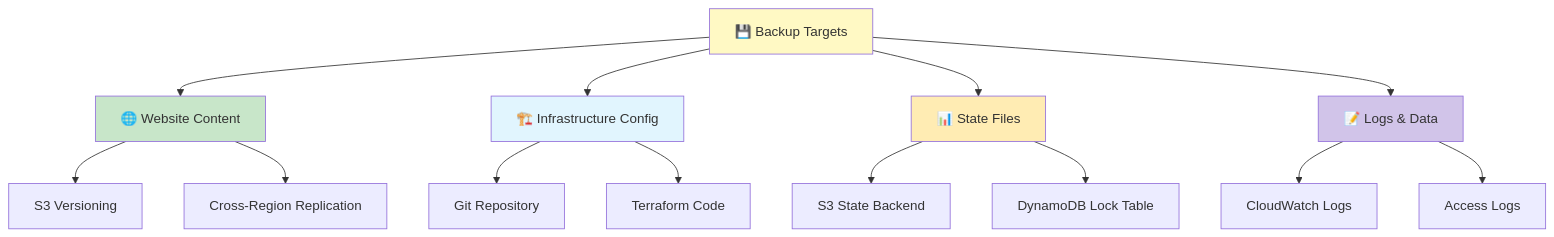
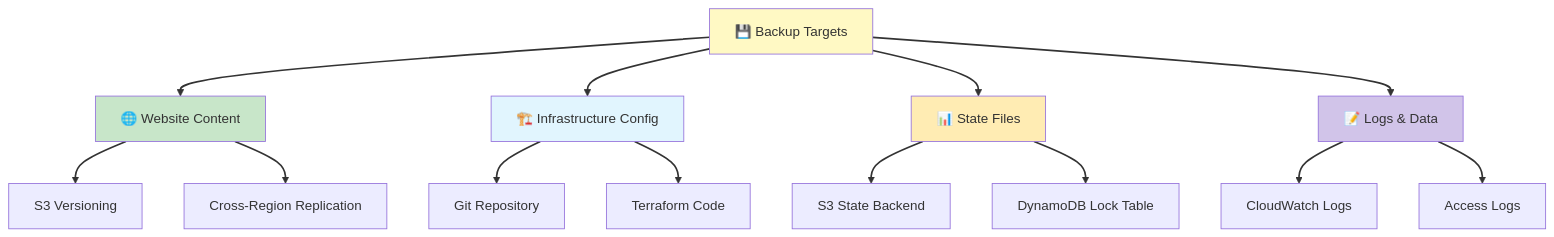
Before and after one commit to Celtikill/static-site: the second of 3 diagrams in docs/disaster-recovery.md, drawn with Mermaid. The commit also changed other lines of this file and 17 other files, not shown here.

````diff
--- a/docs/disaster-recovery.md
+++ b/docs/disaster-recovery.md
@@ -83,25 +93,42 @@
 ```mermaid
+%%{init: {'theme':'default', 'themeVariables': {'fontSize':'16px'}}}%%
 graph TD
+    accTitle: Comprehensive Backup Strategy and Targets
+    accDescr: Multi-layer backup strategy protecting all critical assets required for complete disaster recovery including website content, infrastructure configuration, state management, and operational logs. Website Content backups utilize S3 Versioning providing point-in-time recovery for all objects with automatic version retention enabling rollback to any previous state, combined with Cross-Region Replication copying objects to geographically separate regions protecting against regional failures and providing low-latency access for disaster recovery scenarios. Infrastructure Configuration backups leverage Git Repository version control maintaining complete history of infrastructure-as-code changes with branches, tags, and commit history enabling recreation of any historical state, combined with Terraform Code backups preserving module definitions, variable configurations, and deployment scripts ensuring reproducible infrastructure provisioning. State Files backups protect Terraform state through S3 State Backend with versioning enabled allowing recovery of any state version and supporting concurrent operations safely, combined with DynamoDB Lock Table backups preserving state locking mechanism preventing concurrent modifications during recovery operations. Logs and Data backups capture operational intelligence through CloudWatch Logs archival preserving application logs, security events, and performance metrics for forensic analysis and compliance requirements, combined with Access Logs retention storing S3 and CloudFront request logs documenting all access patterns for security auditing and troubleshooting. This comprehensive strategy ensures no single point of failure with redundancy at multiple levels providing defense-in-depth for data protection and enabling complete infrastructure recreation from backups.
+
     A["💾 Backup Targets"] --> B["🌐 Website Content"]
     A --> C["🏗️ Infrastructure Config"]
     A --> D["📊 State Files"]
     A --> E["📝 Logs & Data"]
 
     B --> B1["S3 Versioning"]
     B --> B2["Cross-Region Replication"]
 
     C --> C1["Git Repository"]
     C --> C2["Terraform Code"]
 
     D --> D1["S3 State Backend"]
     D --> D2["DynamoDB Lock Table"]
 
     E --> E1["CloudWatch Logs"]
     E --> E2["Access Logs"]
 
     style A fill:#fff9c4
     style B fill:#c8e6c9
     style C fill:#e1f5fe
     style D fill:#ffecb3
     style E fill:#d1c4e9
+
+    linkStyle 0 stroke:#333333,stroke-width:2px
+    linkStyle 1 stroke:#333333,stroke-width:2px
+    linkStyle 2 stroke:#333333,stroke-width:2px
+    linkStyle 3 stroke:#333333,stroke-width:2px
+    linkStyle 4 stroke:#333333,stroke-width:2px
+    linkStyle 5 stroke:#333333,stroke-width:2px
+    linkStyle 6 stroke:#333333,stroke-width:2px
+    linkStyle 7 stroke:#333333,stroke-width:2px
+    linkStyle 8 stroke:#333333,stroke-width:2px
+    linkStyle 9 stroke:#333333,stroke-width:2px
+    linkStyle 10 stroke:#333333,stroke-width:2px
+    linkStyle 11 stroke:#333333,stroke-width:2px
 ```
````
